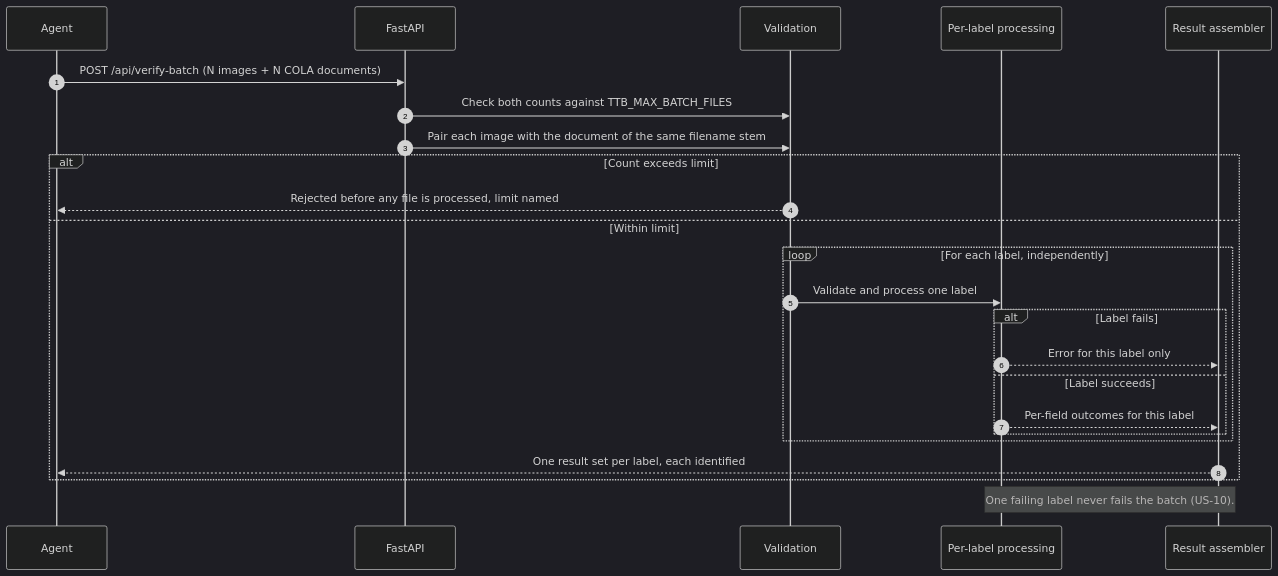
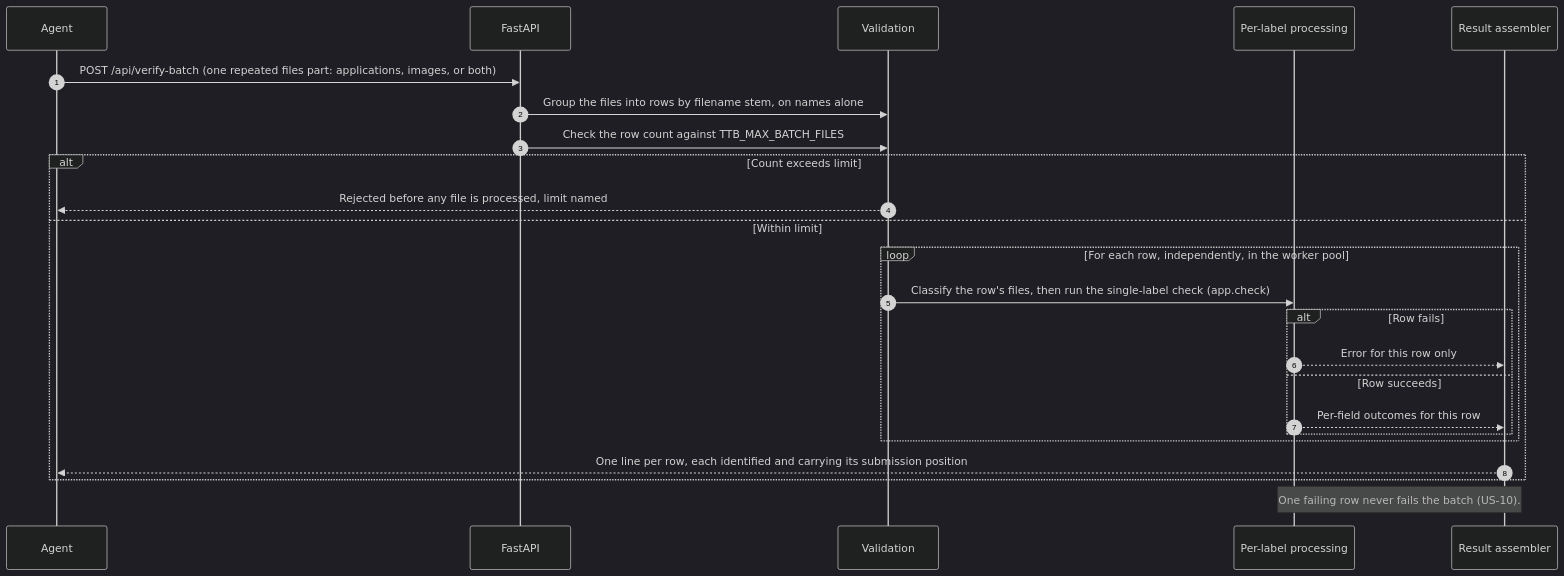
One commit to kimkight/26-DO-12891471-DH_T_ITS_AI_THT changed the fourth of 4 diagrams in docs/05_ARCHITECTURE.md. Above: the diagram before and after it, drawn with Mermaid (dark theme). The commit also changed other lines of this file and 43 other files, not shown here.

````diff
--- a/docs/05_ARCHITECTURE.md
+++ b/docs/05_ARCHITECTURE.md
@@ -127,27 +127,27 @@
 ```mermaid
 sequenceDiagram
     autonumber
     participant A as Agent
     participant API as FastAPI
     participant V as Validation
     participant W as Per-label processing
     participant R as Result assembler
 
-    A->>API: POST /api/verify-batch (N images + N COLA documents)
-    API->>V: Check both counts against TTB_MAX_BATCH_FILES
-    API->>V: Pair each image with the document of the same filename stem
+    A->>API: POST /api/verify-batch (one repeated files part: applications, images, or both)
+    API->>V: Group the files into rows by filename stem, on names alone
+    API->>V: Check the row count against TTB_MAX_BATCH_FILES
     alt Count exceeds limit
         V-->>A: Rejected before any file is processed, limit named
     else Within limit
-        loop For each label, independently
-            V->>W: Validate and process one label
-            alt Label fails
-                W-->>R: Error for this label only
-            else Label succeeds
-                W-->>R: Per-field outcomes for this label
+        loop For each row, independently, in the worker pool
+            V->>W: Classify the row's files, then run the single-label check (app.check)
+            alt Row fails
+                W-->>R: Error for this row only
+            else Row succeeds
+                W-->>R: Per-field outcomes for this row
             end
         end
-        R-->>A: One result set per label, each identified
+        R-->>A: One line per row, each identified and carrying its submission position
     end
-    Note over W,R: One failing label never fails the batch (US-10).
+    Note over W,R: One failing row never fails the batch (US-10).
 ```
````
